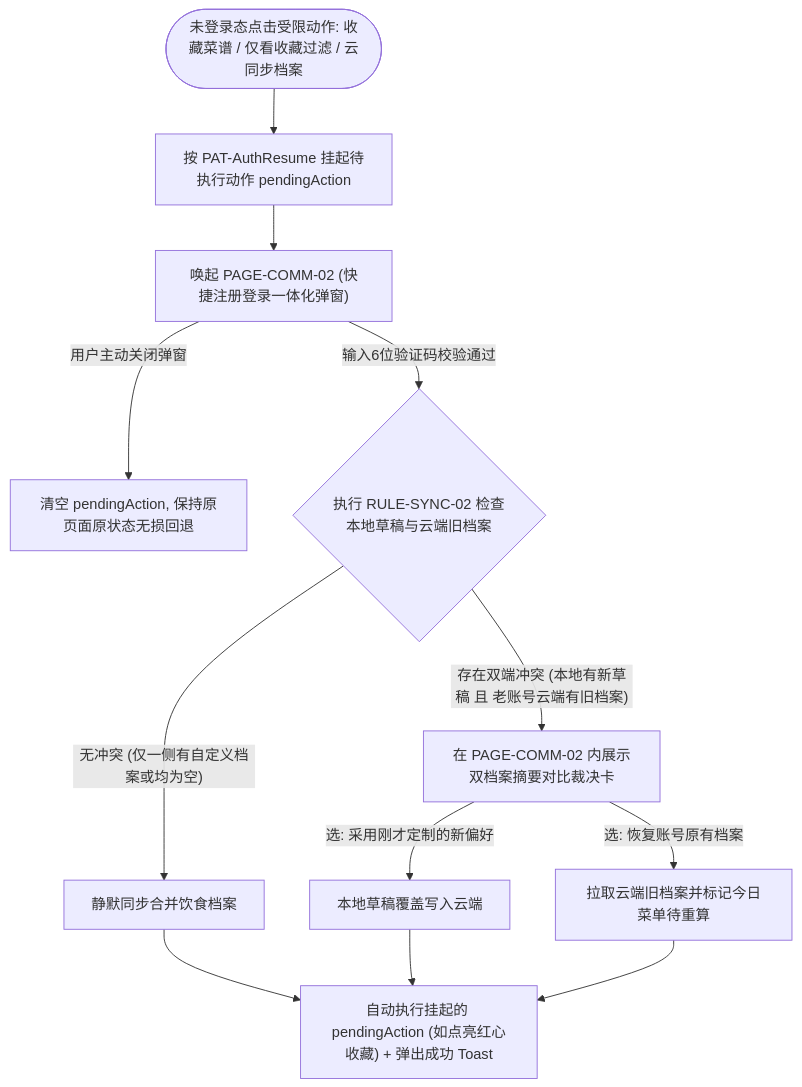
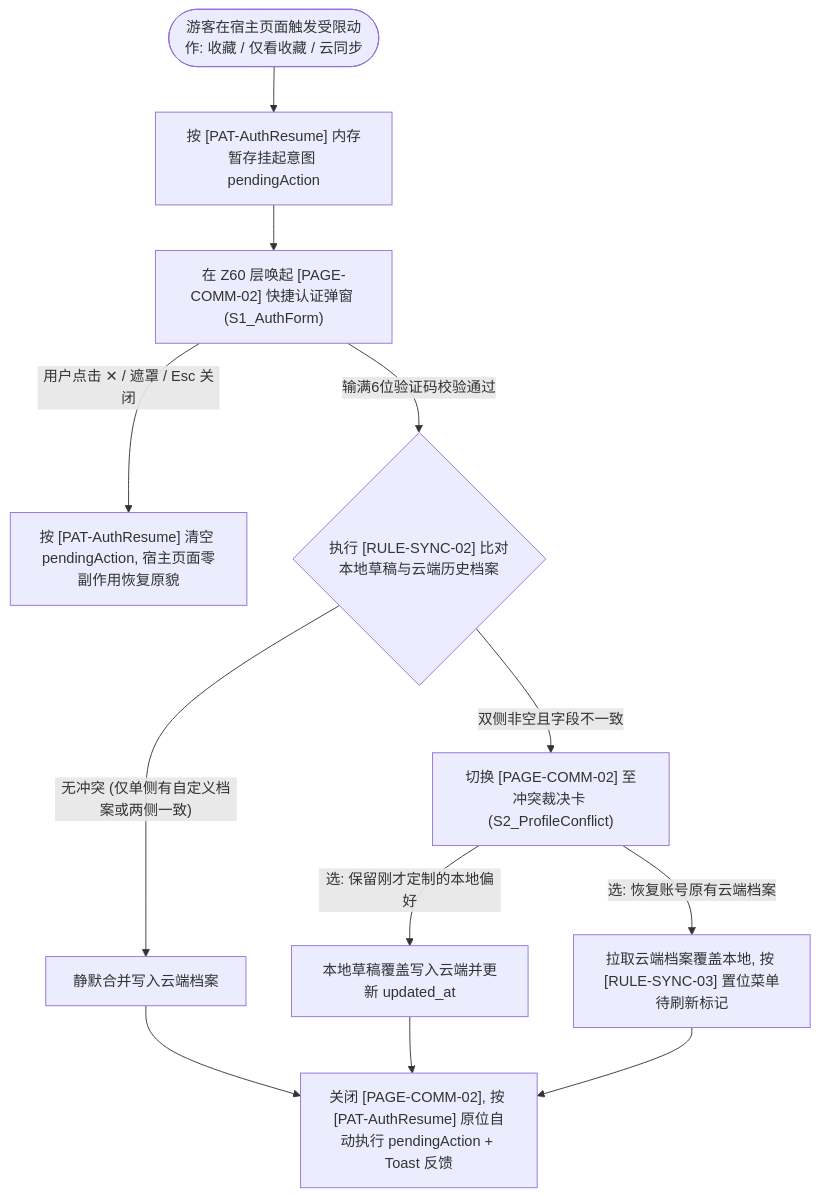
One commit to icecream154/Cookbook changed the second of 2 diagrams in Product/spec/04-ia-and-flows/flows/auth-and-onboarding.md. Above: the diagram before and after it, drawn with Mermaid. The commit also changed other lines of this file and 28 other files, not shown here.

Commit message:
feat: update ia and flows doc

````diff
--- a/Product/spec/04-ia-and-flows/flows/auth-and-onboarding.md
+++ b/Product/spec/04-ia-and-flows/flows/auth-and-onboarding.md
@@ -37,16 +46,16 @@
 ```mermaid
 flowchart TD
-    TRIGGER(["未登录态点击受限动作: 收藏菜谱 / 仅看收藏过滤 / 云同步档案"]) --> RECORD_ACT["按 PAT-AuthResume 挂起待执行动作 pendingAction"]
-    RECORD_ACT --> OPEN_AUTH["唤起 PAGE-COMM-02 (快捷注册登录一体化弹窗)"]
+    TRIGGER(["游客在宿主页面触发受限动作: 收藏 / 仅看收藏 / 云同步"]) --> RECORD_ACT["按 [PAT-AuthResume] 内存暂存挂起意图 pendingAction"]
+    RECORD_ACT --> OPEN_AUTH["在 Z60 层唤起 [PAGE-COMM-02] 快捷认证弹窗 (S1_AuthForm)"]
 
-    OPEN_AUTH -- "用户主动关闭弹窗" --> ABORT["清空 pendingAction, 保持原页面原状态无损回退"]
-    OPEN_AUTH -- "输入6位验证码校验通过" --> DIFF_CHECK{"执行 RULE-SYNC-02 检查本地草稿与云端旧档案"}
+    OPEN_AUTH -- "用户点击 ✕ / 遮罩 / Esc 关闭" --> ABORT["按 [PAT-AuthResume] 清空 pendingAction, 宿主页面零副作用恢复原貌"]
+    OPEN_AUTH -- "输满6位验证码校验通过" --> DIFF_CHECK{"执行 [RULE-SYNC-02] 比对本地草稿与云端历史档案"}
 
-    DIFF_CHECK -- "无冲突 (仅一侧有自定义档案或均为空)" --> AUTO_SYNC["静默同步合并饮食档案"]
-    DIFF_CHECK -- "存在双端冲突 (本地有新草稿 且 老账号云端有旧档案)" --> CONFLICT_UI["在 PAGE-COMM-02 内展示双档案摘要对比裁决卡"]
+    DIFF_CHECK -- "无冲突 (仅单侧有自定义档案或两侧一致)" --> AUTO_SYNC["静默合并写入云端档案"]
+    DIFF_CHECK -- "双侧非空且字段不一致" --> CONFLICT_UI["切换 [PAGE-COMM-02] 至冲突裁决卡 (S2_ProfileConflict)"]
 
-    CONFLICT_UI -- "选: 采用刚才定制的新偏好" --> OVERWRITE_CLOUD["本地草稿覆盖写入云端"]
-    CONFLICT_UI -- "选: 恢复账号原有档案" --> PULL_CLOUD["拉取云端旧档案并标记今日菜单待重算"]
+    CONFLICT_UI -- "选: 保留刚才定制的本地偏好" --> OVERWRITE_CLOUD["本地草稿覆盖写入云端并更新 updated_at"]
+    CONFLICT_UI -- "选: 恢复账号原有云端档案" --> PULL_CLOUD["拉取云端档案覆盖本地, 按 [RULE-SYNC-03] 置位菜单待刷新标记"]
 
-    AUTO_SYNC & OVERWRITE_CLOUD & PULL_CLOUD --> RESUME["自动执行挂起的 pendingAction (如点亮红心收藏) + 弹出成功 Toast"]
+    AUTO_SYNC & OVERWRITE_CLOUD & PULL_CLOUD --> RESUME["关闭 [PAGE-COMM-02], 按 [PAT-AuthResume] 原位自动执行 pendingAction + Toast 反馈"]
 ```
````
